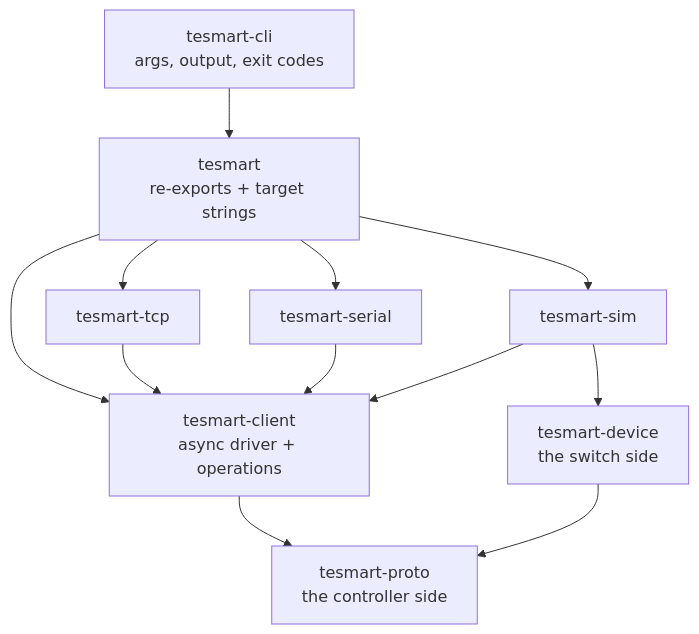
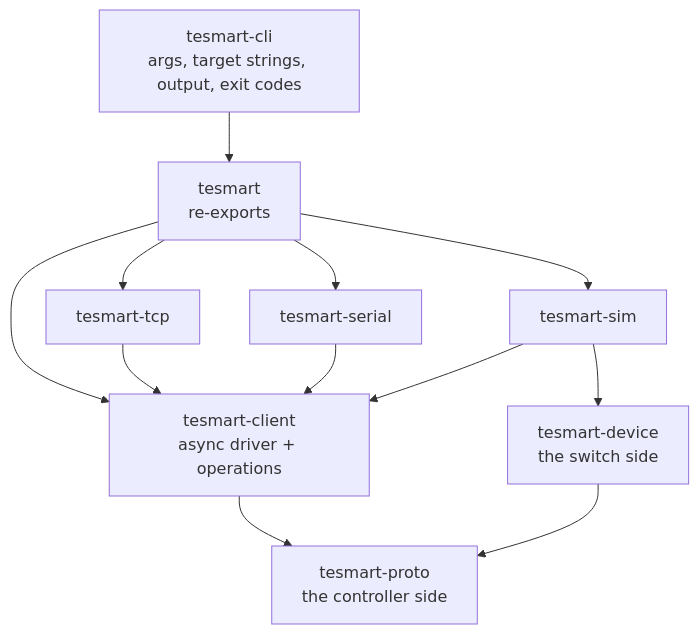
The diagram in docs/architecture.md (ferrohd/tesmart), drawn with Mermaid before and after one commit. The commit also changed other lines of this file and 3 other files, not shown here.

Commit message:
docs: the library re-exports, the tool resolves target strings

````diff
--- a/docs/architecture.md
+++ b/docs/architecture.md
@@ -17,14 +17,14 @@
 ```mermaid
 graph TD
-    CLI[tesmart-cli<br/>args, output, exit codes] --> FACADE[tesmart<br/>re-exports + target strings]
+    CLI[tesmart-cli<br/>args, target strings, output, exit codes] --> FACADE[tesmart<br/>re-exports]
     FACADE --> CLIENT[tesmart-client<br/>async driver + operations]
     FACADE --> TCP[tesmart-tcp]
     FACADE --> SER[tesmart-serial]
     FACADE --> SIM[tesmart-sim]
     CLIENT --> PROTO[tesmart-proto<br/>the controller side]
     TCP --> CLIENT
     SER --> CLIENT
     SIM --> CLIENT
     SIM --> DEV[tesmart-device<br/>the switch side]
     DEV --> PROTO
 ```
````
